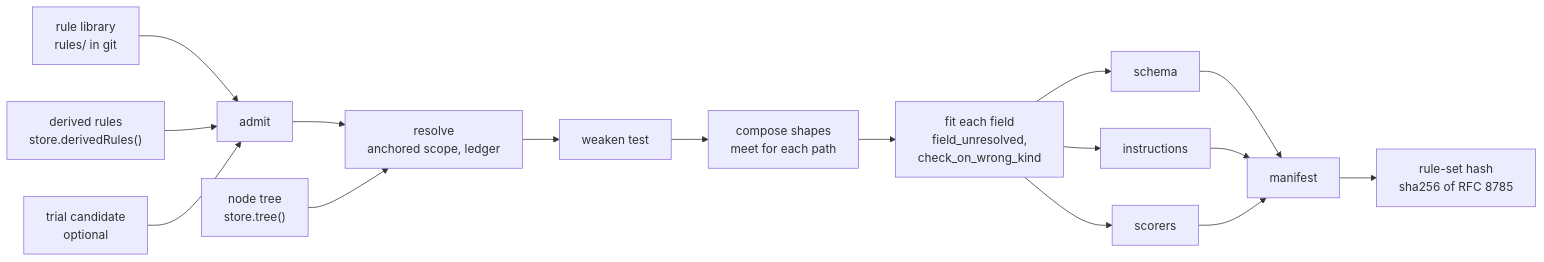
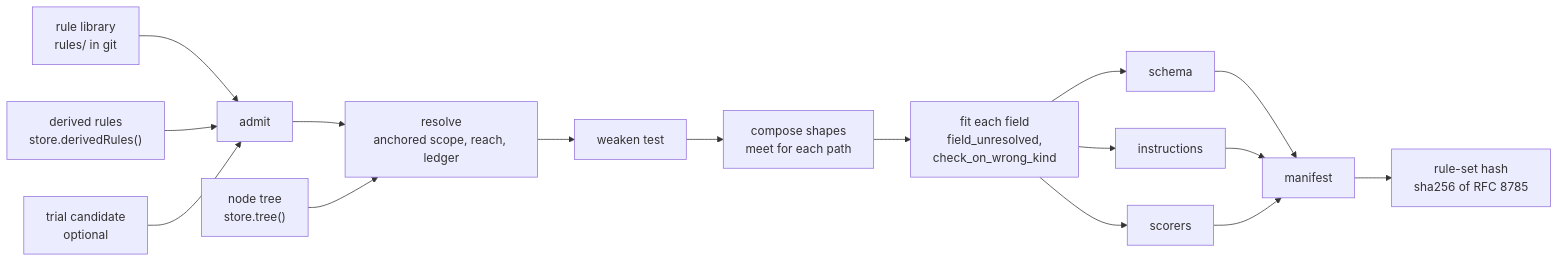
Before and after one commit to Ronitron007/product-eval-harness: the diagram in docs/design/compiler.md, drawn with Mermaid. The commit also changed other lines of this file and 1 other file, not shown here.

````diff
--- a/docs/design/compiler.md
+++ b/docs/design/compiler.md
@@ -23,18 +25,18 @@
 ```mermaid
 flowchart LR
   LIB["rule library<br/>rules/ in git"] --> AD["admit"]
   DER["derived rules<br/>store.derivedRules()"] --> AD
   TRI["trial candidate<br/>optional"] --> AD
-  AD --> RE["resolve<br/>anchored scope, ledger"]
+  AD --> RE["resolve<br/>anchored scope, reach, ledger"]
   TREE["node tree<br/>store.tree()"] --> RE
   RE --> WK["weaken test"]
   WK --> CS["compose shapes<br/>meet for each path"]
   CS --> FI["fit each field<br/>field_unresolved,<br/>check_on_wrong_kind"]
   FI --> SC["schema"]
   FI --> IN["instructions"]
   FI --> SR["scorers"]
   SC --> MF["manifest"]
   IN --> MF
   SR --> MF
   MF --> HA["rule-set hash<br/>sha256 of RFC 8785"]
 ```
````
